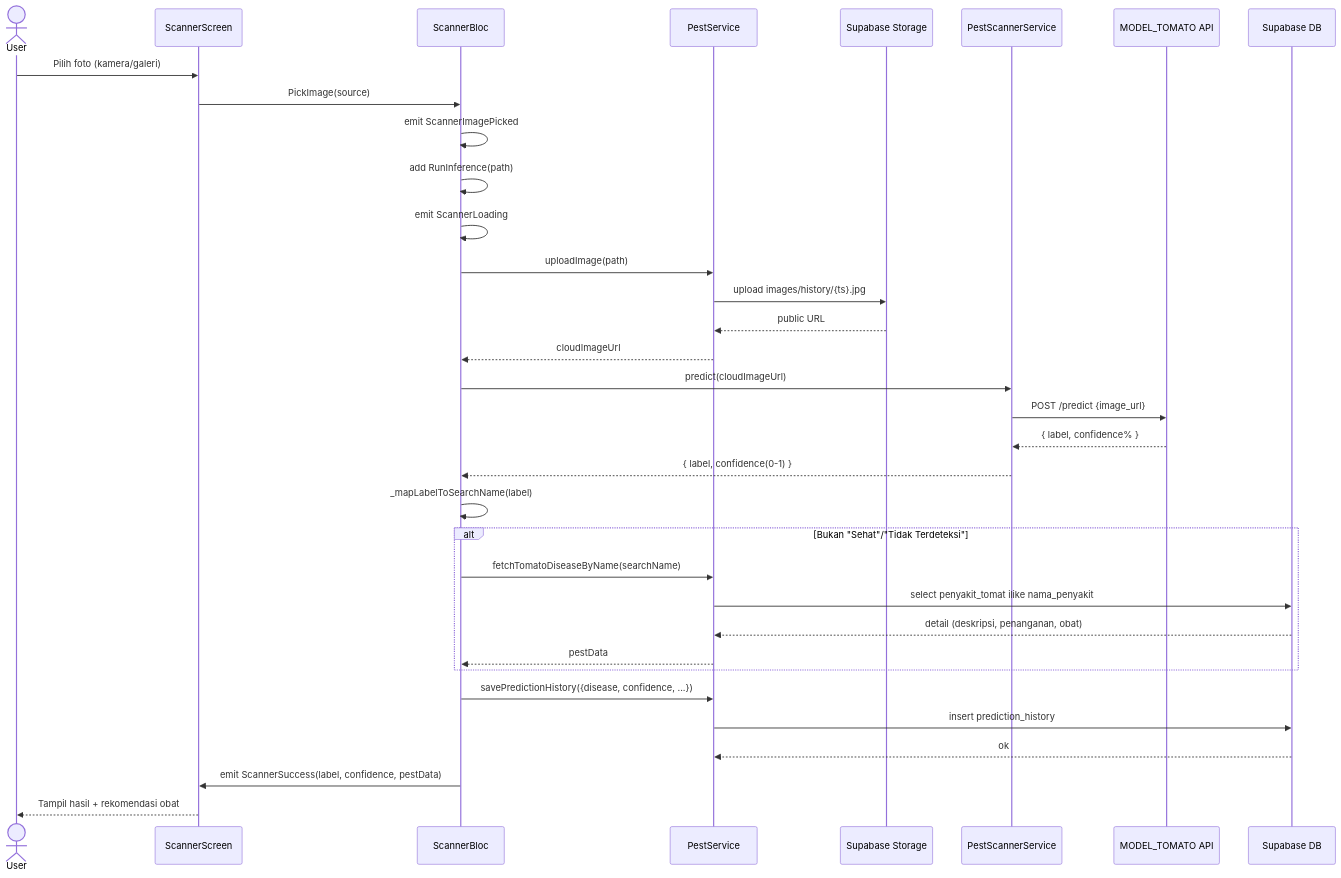
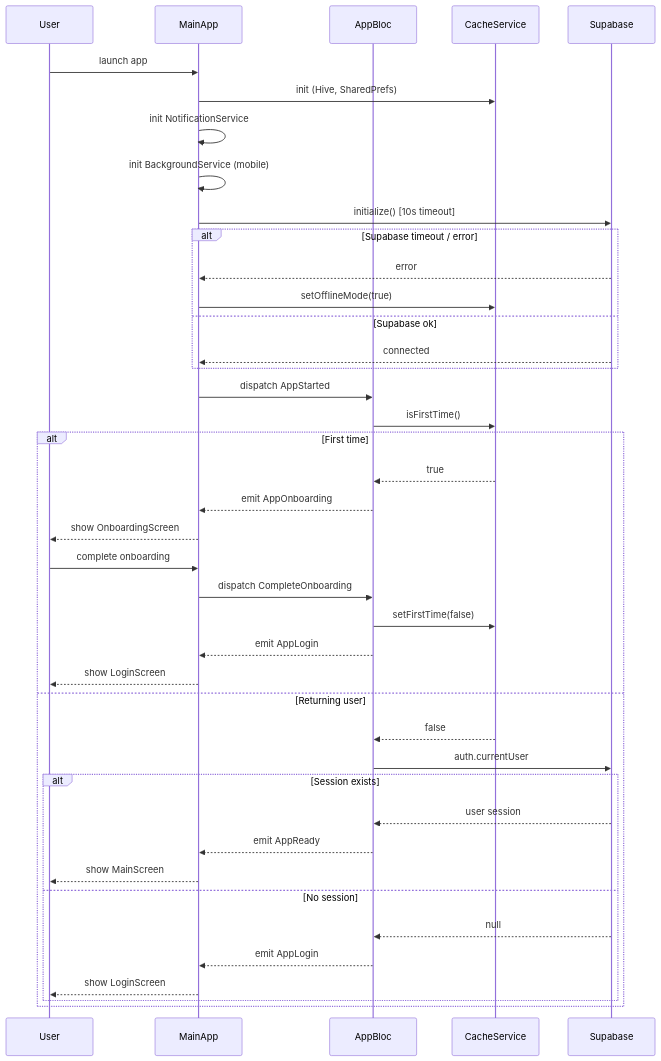
The first of 14 diagrams in docs/SEQUENCE_DIAGRAM.md (AffanShz/Petani-Maju-V.2), drawn with Mermaid before and after one commit. The commit also changed other lines of this file and 2 other files, not shown here.

Commit message:
docs: update system architecture and activity diagrams

````diff
--- a/docs/SEQUENCE_DIAGRAM.md
+++ b/docs/SEQUENCE_DIAGRAM.md
@@ -23,42 +28,44 @@
 ```mermaid
 sequenceDiagram
-    actor User
-    participant UI as ScannerScreen
-    participant Bloc as ScannerBloc
-    participant Pest as PestService
-    participant Store as Supabase Storage
-    participant Model as PestScannerService
-    participant API as MODEL_TOMATO API
-    participant DB as Supabase DB
+    participant U as User
+    participant App as MainApp
+    participant AB as AppBloc
+    participant CS as CacheService
+    participant SB as Supabase
 
-    User->>UI: Pilih foto (kamera/galeri)
-    UI->>Bloc: PickImage(source)
-    Bloc->>Bloc: emit ScannerImagePicked
-    Bloc->>Bloc: add RunInference(path)
-    Bloc->>Bloc: emit ScannerLoading
-
-    Bloc->>Pest: uploadImage(path)
-    Pest->>Store: upload images/history/{ts}.jpg
-    Store-->>Pest: public URL
-    Pest-->>Bloc: cloudImageUrl
-
-    Bloc->>Model: predict(cloudImageUrl)
-    Model->>API: POST /predict {image_url}
-    API-->>Model: { label, confidence% }
-    Model-->>Bloc: { label, confidence(0-1) }
-
-    Bloc->>Bloc: _mapLabelToSearchName(label)
-    alt Bukan "Sehat"/"Tidak Terdeteksi"
-        Bloc->>Pest: fetchTomatoDiseaseByName(searchName)
-        Pest->>DB: select penyakit_tomat ilike nama_penyakit
-        DB-->>Pest: detail (deskripsi, penanganan, obat)
-        Pest-->>Bloc: pestData
+    U->>App: launch app
+    App->>CS: init (Hive, SharedPrefs)
+    App->>App: init NotificationService
+    App->>App: init BackgroundService (mobile)
+    App->>SB: initialize() [10s timeout]
+    alt Supabase timeout / error
+        SB-->>App: error
+        App->>CS: setOfflineMode(true)
+    else Supabase ok
+        SB-->>App: connected
     end
-
-    Bloc->>Pest: savePredictionHistory({disease, confidence, ...})
-    Pest->>DB: insert prediction_history
-    DB-->>Pest: ok
-
-    Bloc->>UI: emit ScannerSuccess(label, confidence, pestData)
-    UI-->>User: Tampil hasil + rekomendasi obat
+    App->>AB: dispatch AppStarted
+    AB->>CS: isFirstTime()
+    alt First time
+        CS-->>AB: true
+        AB-->>App: emit AppOnboarding
+        App-->>U: show OnboardingScreen
+        U->>App: complete onboarding
+        App->>AB: dispatch CompleteOnboarding
+        AB->>CS: setFirstTime(false)
+        AB-->>App: emit AppLogin
+        App-->>U: show LoginScreen
+    else Returning user
+        CS-->>AB: false
+        AB->>SB: auth.currentUser
+        alt Session exists
+            SB-->>AB: user session
+            AB-->>App: emit AppReady
+            App-->>U: show MainScreen
+        else No session
+            SB-->>AB: null
+            AB-->>App: emit AppLogin
+            App-->>U: show LoginScreen
+        end
+    end
 ```
````
